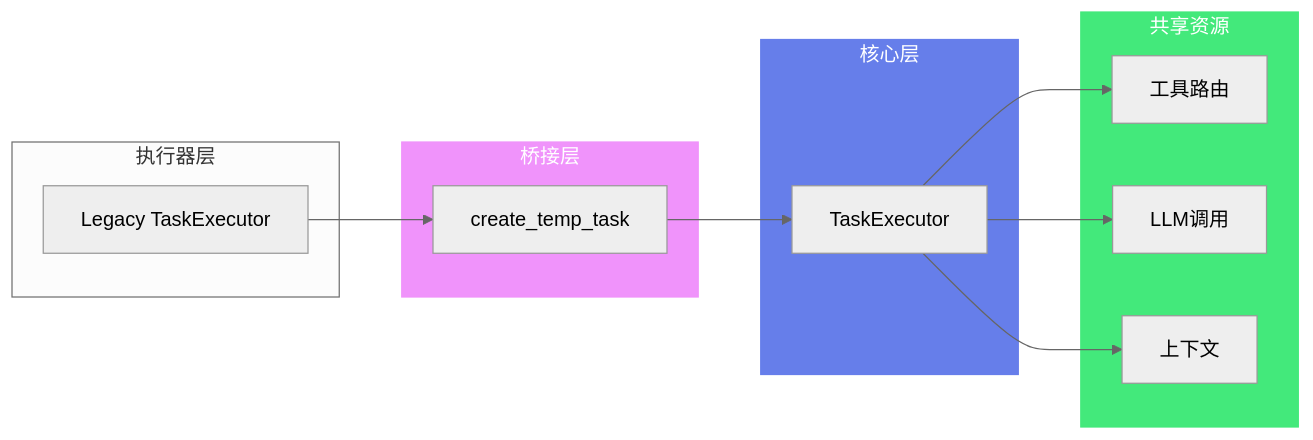
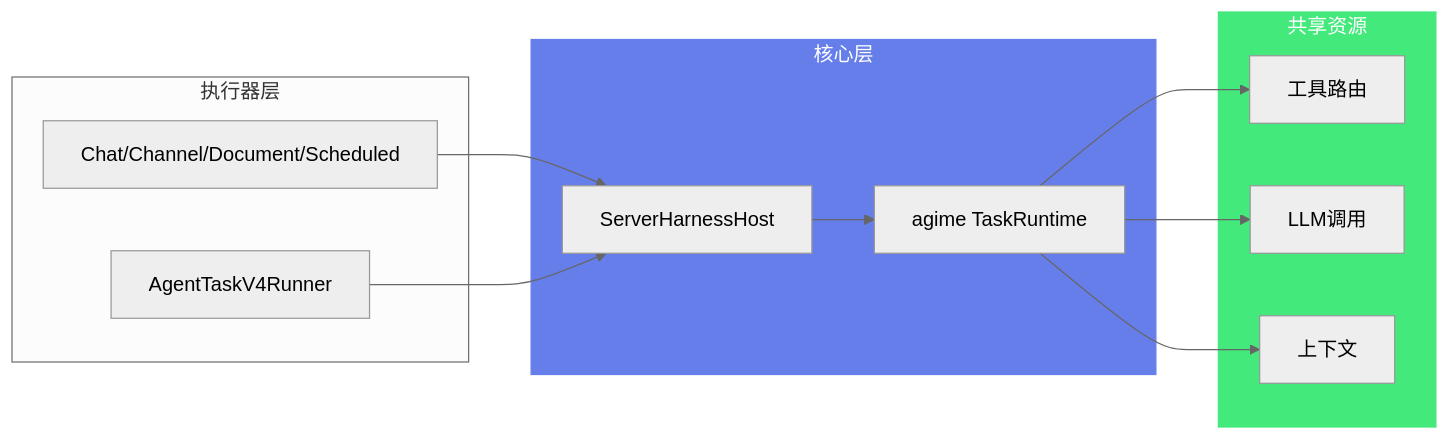
One commit to jsjm1986/AGIME changed the sixth of 8 diagrams in docs/ARCHITECTURE.md. Above: the diagram before and after it, drawn with Mermaid (neutral theme). The commit also changed other lines of this file and 19 other files, not shown here.

Commit message:
Remove legacy task executor bridge

````diff
--- a/docs/ARCHITECTURE.md
+++ b/docs/ARCHITECTURE.md
@@ -449,30 +437,28 @@
 ```mermaid
 graph LR
     subgraph Executors["执行器层"]
-        Legacy[Legacy TaskExecutor]
-    end
-
-    subgraph Bridge["桥接层"]
-        TempTask[create_temp_task]
+        Chat[Chat/Channel/Document/Scheduled]
+        AgentTask[AgentTaskV4Runner]
     end
 
     subgraph Core["核心层"]
-        TaskExec[TaskExecutor]
+        Host[ServerHarnessHost]
+        Runtime[agime TaskRuntime]
     end
 
     subgraph Shared["共享资源"]
         Tools[工具路由]
         LLM[LLM调用]
         Context[上下文]
     end
 
-    Legacy --> TempTask
-    TempTask --> TaskExec
-    TaskExec --> Tools
-    TaskExec --> LLM
-    TaskExec --> Context
+    Chat --> Host
+    AgentTask --> Host
+    Host --> Runtime
+    Runtime --> Tools
+    Runtime --> LLM
+    Runtime --> Context
 
-    style Bridge fill:#f093fb,stroke:#f093fb,color:#ffffff
     style Core fill:#667eea,stroke:#667eea,color:#ffffff
     style Shared fill:#43e97b,stroke:#43e97b,color:#ffffff
 ```
````
